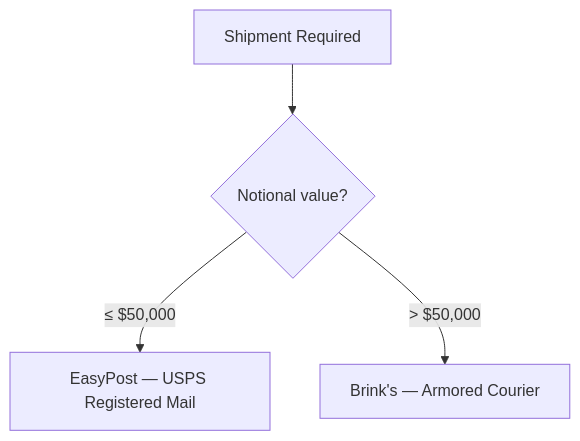
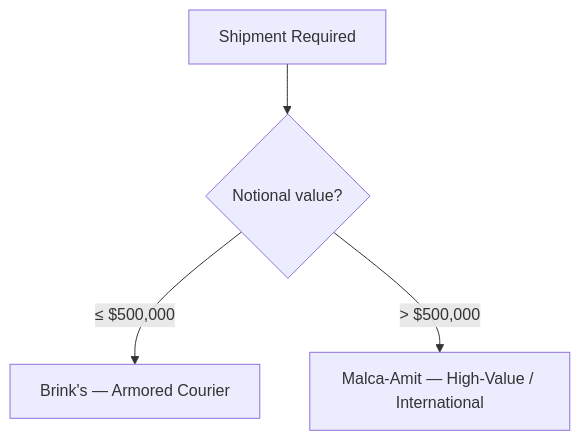
The third of 3 diagrams in docs/buyer-journey.md (bbarnes4318/aurumshield), drawn with Mermaid before and after one commit. The commit also changed other lines of this file and 80 other files, not shown here.

````diff
--- a/docs/buyer-journey.md
+++ b/docs/buyer-journey.md
@@ -362,6 +380,6 @@
 ```mermaid
 flowchart TD
   A["Shipment Required"] --> B{"Notional value?"}
-  B -->|"≤ $50,000"| C["EasyPost — USPS Registered Mail"]
-  B -->|"> $50,000"| D["Brink's — Armored Courier"]
+  B -->|"≤ $500,000"| C["Brink's — Armored Courier"]
+  B -->|"> $500,000"| D["Malca-Amit — High-Value / International"]
 ```
````
